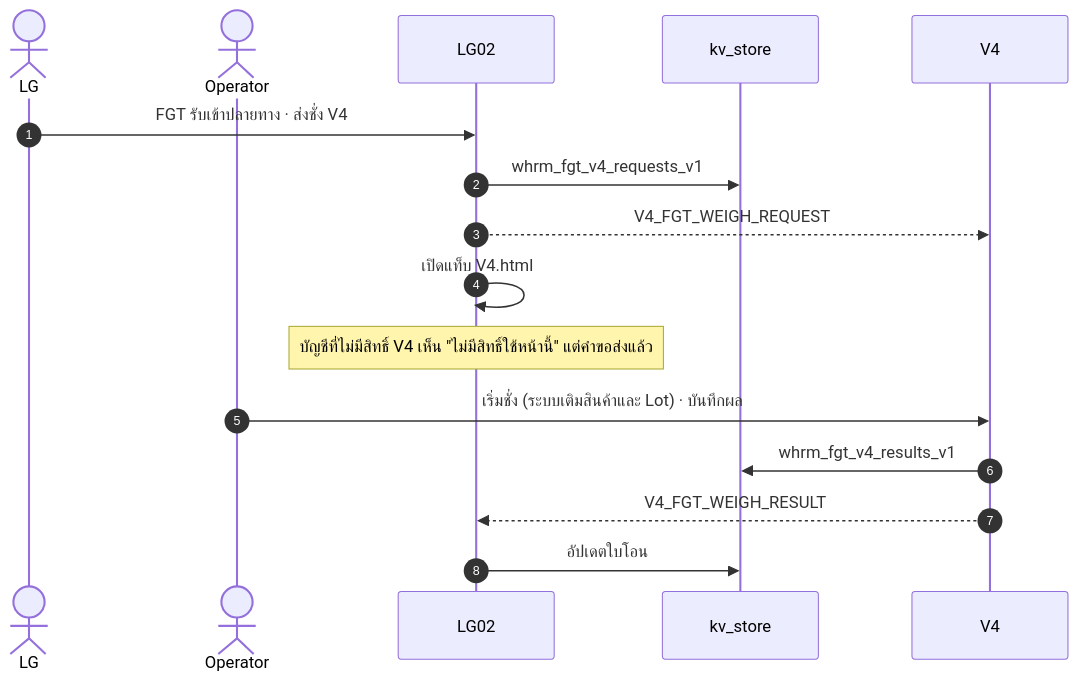
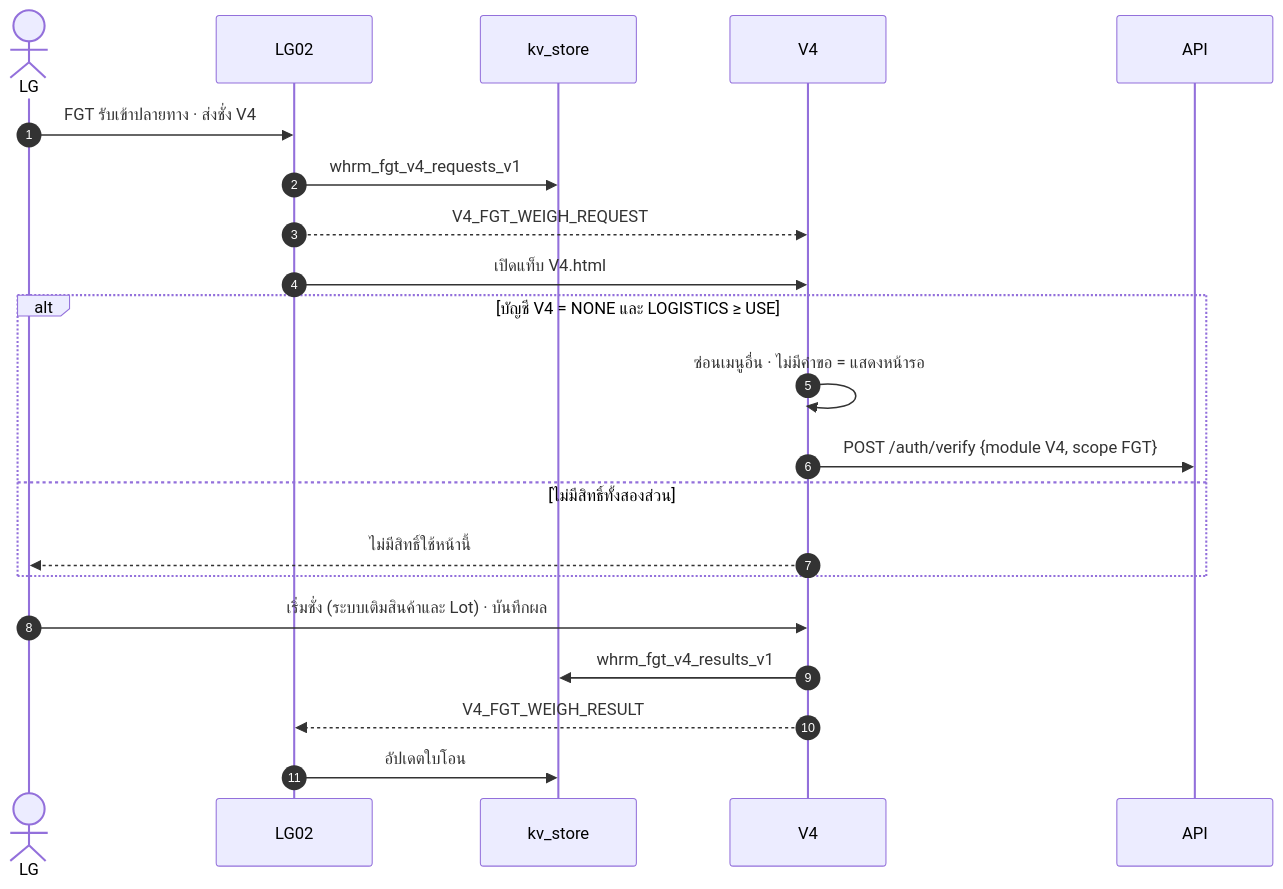
The ninth of 14 diagrams in docs/01-sequence-diagrams.md (Aum2010/WHSM-1791103979), drawn with Mermaid before and after one commit. The commit also changed other lines of this file and 7 other files, not shown here.

First line of the commit message:
Customer decisions 2 Nov: transfer stock cut at receipt, cancel rejected transfers, V4 FGT for logistics

````diff
--- a/docs/01-sequence-diagrams.md
+++ b/docs/01-sequence-diagrams.md
@@ -296,19 +301,24 @@
 ```mermaid
 sequenceDiagram
     autonumber
     actor LG
-    actor Operator
     participant LG02
     participant KV as kv_store
     participant V4
+    participant API
 
     LG->>LG02: FGT รับเข้าปลายทาง · ส่งชั่ง V4
     LG02->>KV: whrm_fgt_v4_requests_v1
     LG02-->>V4: V4_FGT_WEIGH_REQUEST
-    LG02->>LG02: เปิดแท็บ V4.html
-    Note over LG02: บัญชีที่ไม่มีสิทธิ์ V4 เห็น "ไม่มีสิทธิ์ใช้หน้านี้" แต่คำขอส่งแล้ว
-    Operator->>V4: เริ่มชั่ง (ระบบเติมสินค้าและ Lot) · บันทึกผล
+    LG02->>V4: เปิดแท็บ V4.html
+    alt บัญชี V4 = NONE และ LOGISTICS ≥ USE
+        V4->>V4: ซ่อนเมนูอื่น · ไม่มีคำขอ = แสดงหน้ารอ
+        V4->>API: POST /auth/verify {module V4, scope FGT}
+    else ไม่มีสิทธิ์ทั้งสองส่วน
+        V4-->>LG: ไม่มีสิทธิ์ใช้หน้านี้
+    end
+    LG->>V4: เริ่มชั่ง (ระบบเติมสินค้าและ Lot) · บันทึกผล
     V4->>KV: whrm_fgt_v4_results_v1
     V4-->>LG02: V4_FGT_WEIGH_RESULT
     LG02->>KV: อัปเดตใบโอน
 ```
````
